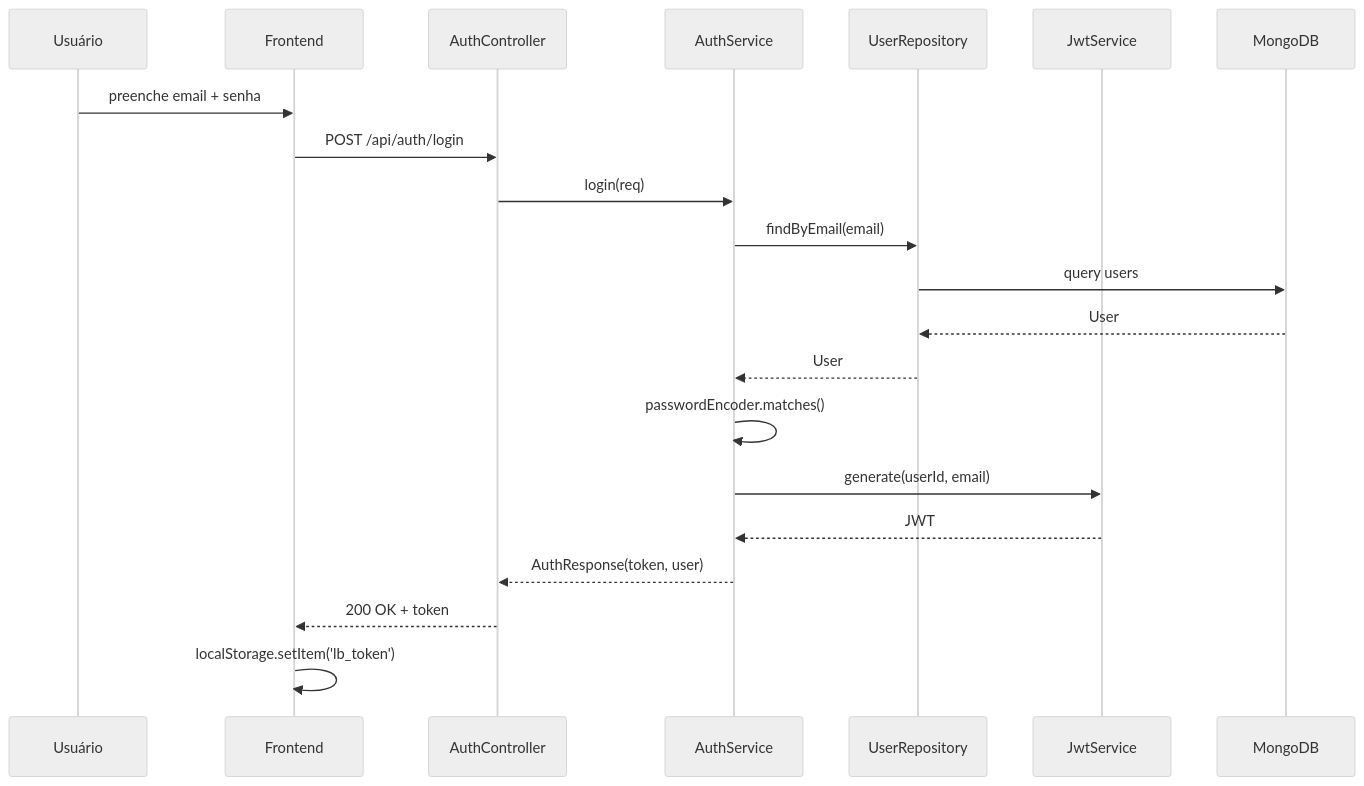
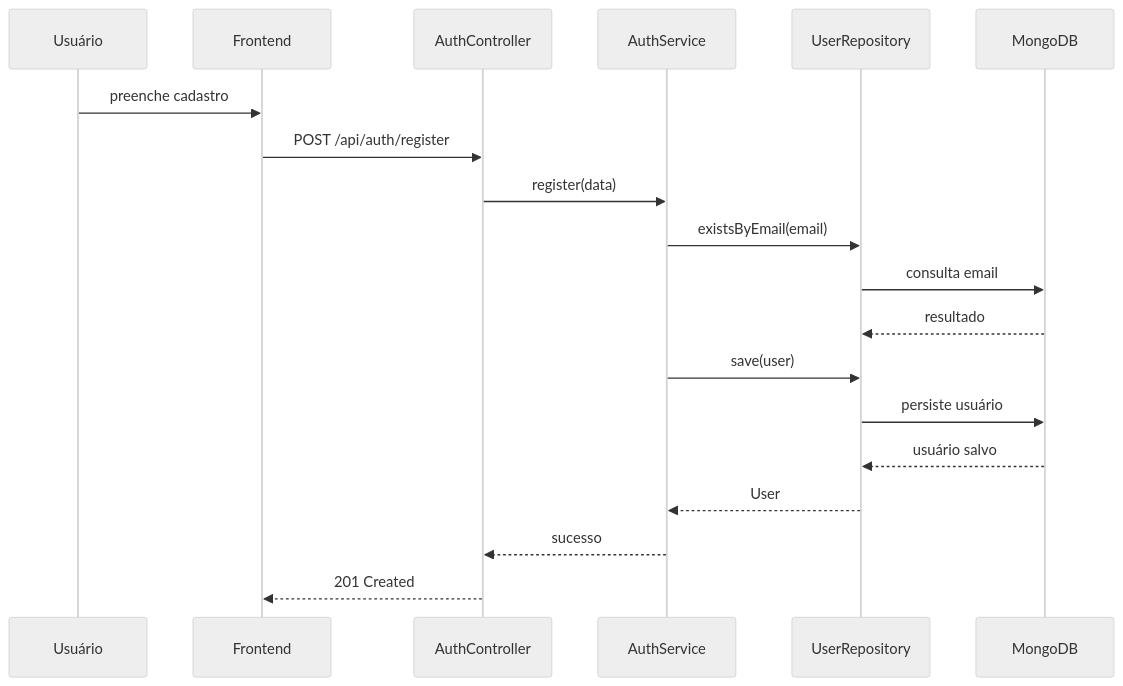
Before and after one commit to LetterBook4/LetterBook: the second of 11 diagrams in RTM.md, drawn with Mermaid (neutral theme). The commit also changed other lines of this file, not shown here.

Commit message:
docs: adiciona diagramas UML faltantes

````diff
--- a/RTM.md
+++ b/RTM.md
@@ -32,24 +25,22 @@
 ```mermaid
 sequenceDiagram
   participant U as Usuário
   participant F as Frontend
-  participant C as AuthController
-  participant S as AuthService
-  participant R as UserRepository
-  participant J as JwtService
+  participant AC as AuthController
+  participant AS as AuthService
+  participant UR as UserRepository
   participant M as MongoDB
 
-  U->>F: preenche email + senha
-  F->>C: POST /api/auth/login
-  C->>S: login(req)
-  S->>R: findByEmail(email)
-  R->>M: query users
-  M-->>R: User
-  R-->>S: User
-  S->>S: passwordEncoder.matches()
-  S->>J: generate(userId, email)
-  J-->>S: JWT
-  S-->>C: AuthResponse(token, user)
-  C-->>F: 200 OK + token
-  F->>F: localStorage.setItem('lb_token')
+  U->>F: preenche cadastro
+  F->>AC: POST /api/auth/register
+  AC->>AS: register(data)
+  AS->>UR: existsByEmail(email)
+  UR->>M: consulta email
+  M-->>UR: resultado
+  AS->>UR: save(user)
+  UR->>M: persiste usuário
+  M-->>UR: usuário salvo
+  UR-->>AS: User
+  AS-->>AC: sucesso
+  AC-->>F: 201 Created
 ```
````
